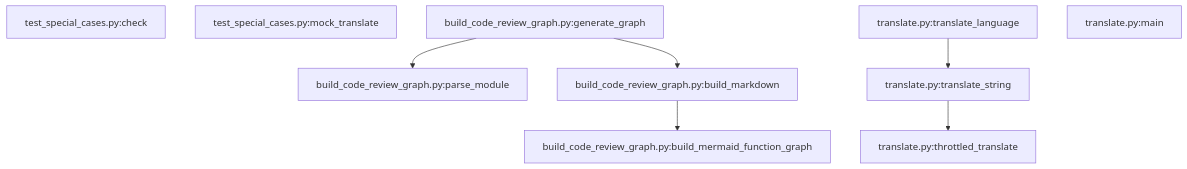
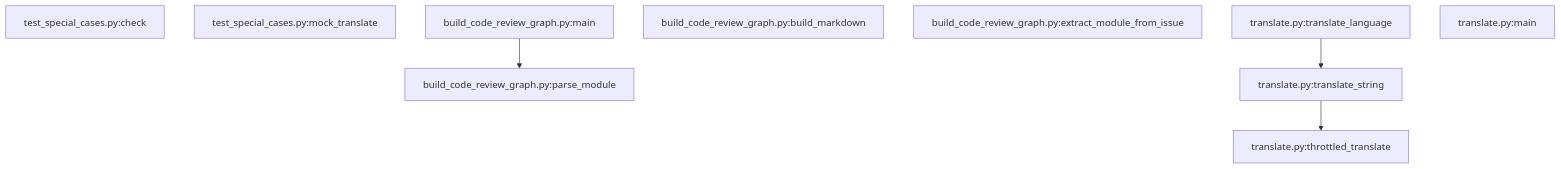
One commit to doanvu2000/ToolTranslateStringXMLAndroid changed the second of 3 diagrams in code_review_graph.md. Above: the diagram before and after it, drawn with Mermaid. The commit also changed other lines of this file and 8 other files, not shown here.

````diff
--- a/code_review_graph.md
+++ b/code_review_graph.md
@@ -17,18 +17,16 @@
 ```mermaid
 flowchart TD
     test_special_cases_check["test_special_cases.py:check"]
     test_special_cases_mock_translate["test_special_cases.py:mock_translate"]
     tools_build_code_review_graph_parse_module["build_code_review_graph.py:parse_module"]
+    tools_build_code_review_graph_main["build_code_review_graph.py:main"]
     tools_build_code_review_graph_build_markdown["build_code_review_graph.py:build_markdown"]
-    tools_build_code_review_graph_build_mermaid_function_graph["build_code_review_graph.py:build_mermaid_function_graph"]
-    tools_build_code_review_graph_generate_graph["build_code_review_graph.py:generate_graph"]
+    tools_build_code_review_graph_extract_module_from_issue["build_code_review_graph.py:extract_module_from_issue"]
     translate_translate_language["translate.py:translate_language"]
     translate_main["translate.py:main"]
     translate_throttled_translate["translate.py:throttled_translate"]
     translate_translate_string["translate.py:translate_string"]
-    tools_build_code_review_graph_build_markdown --> tools_build_code_review_graph_build_mermaid_function_graph
-    tools_build_code_review_graph_generate_graph --> tools_build_code_review_graph_build_markdown
-    tools_build_code_review_graph_generate_graph --> tools_build_code_review_graph_parse_module
+    tools_build_code_review_graph_main --> tools_build_code_review_graph_parse_module
     translate_translate_string --> translate_throttled_translate
     translate_translate_language --> translate_translate_string
 ```
````
